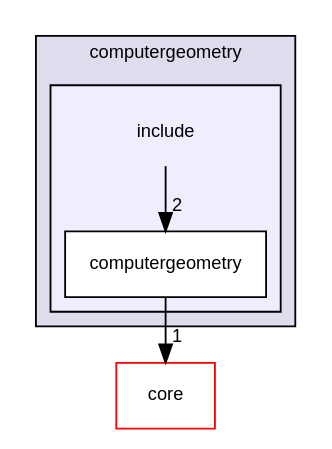
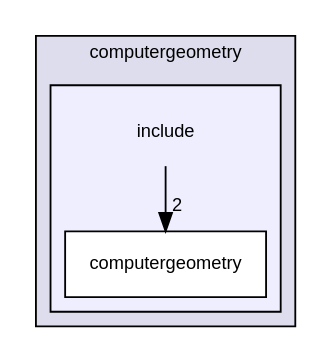
The diagram in docs/dir_fb7eaad88856202e42e495fe4c640ce2_dep.dot (YuruTu/NANA), drawn with Graphviz before and after one commit. The commit also changed 216 other files, not shown here.

```diff
--- a/docs/dir_fb7eaad88856202e42e495fe4c640ce2_dep.dot
+++ b/docs/dir_fb7eaad88856202e42e495fe4c640ce2_dep.dot
@@ -1,16 +1,14 @@
 digraph "NANA/modules/computergeometry/include" {
   compound=true
   node [ fontsize="10", fontname="Helvetica"];
   edge [ labelfontsize="10", labelfontname="Helvetica"];
   subgraph clusterdir_a0034a2e1eb347b72447d7288fcbeb40 {
     graph [ bgcolor="#ddddee", pencolor="black", label="computergeometry" fontname="Helvetica", fontsize="10", URL="dir_a0034a2e1eb347b72447d7288fcbeb40.html"]
   subgraph clusterdir_fb7eaad88856202e42e495fe4c640ce2 {
     graph [ bgcolor="#eeeeff", pencolor="black", label="" URL="dir_fb7eaad88856202e42e495fe4c640ce2.html"];
     dir_fb7eaad88856202e42e495fe4c640ce2 [shape=plaintext label="include"];
   dir_818d925d127edf1f832d988170f0690d [shape=box label="computergeometry" fillcolor="white" style="filled" URL="dir_818d925d127edf1f832d988170f0690d.html"];
   }
   }
-  dir_c3e203e05606b384f5fc9d03652c3ac7 [shape=box label="core" fillcolor="white" style="filled" color="red" URL="dir_c3e203e05606b384f5fc9d03652c3ac7.html"];
-  dir_818d925d127edf1f832d988170f0690d->dir_c3e203e05606b384f5fc9d03652c3ac7 [headlabel="1", labeldistance=1.5 headhref="dir_000004_000006.html"];
   dir_fb7eaad88856202e42e495fe4c640ce2->dir_818d925d127edf1f832d988170f0690d [headlabel="2", labeldistance=1.5 headhref="dir_000003_000004.html"];
 }
```
